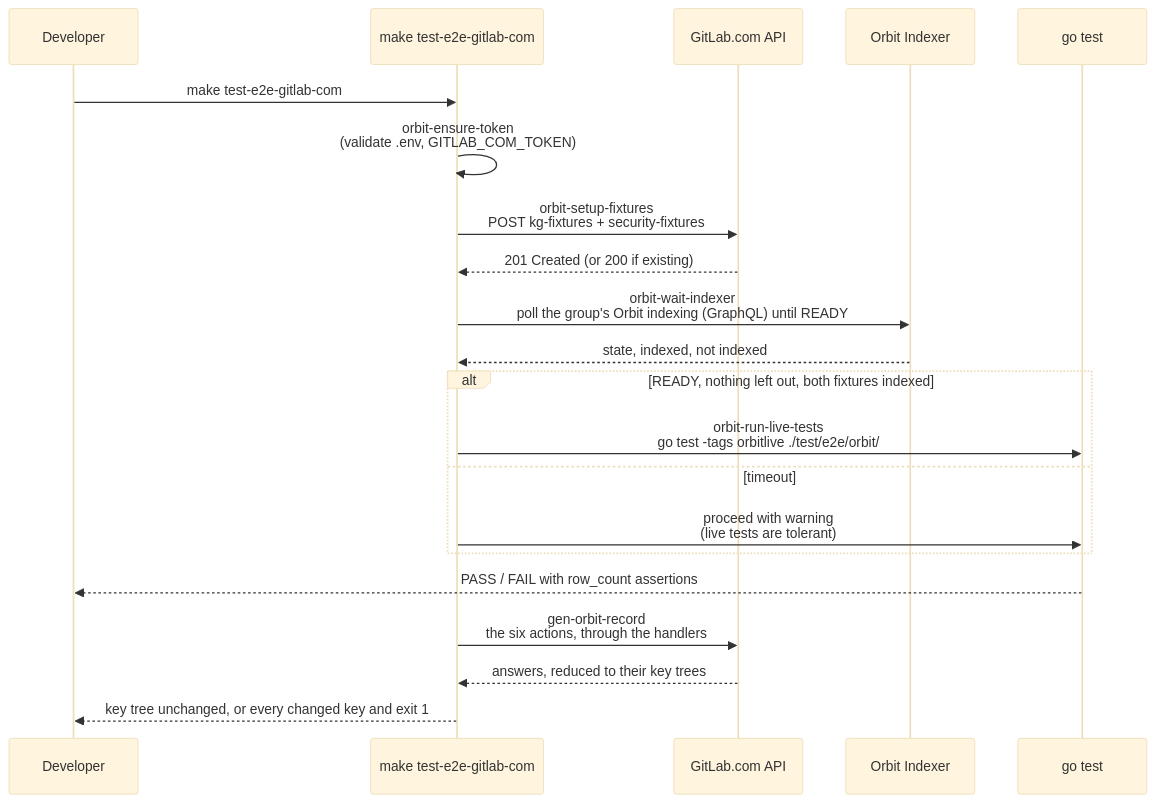
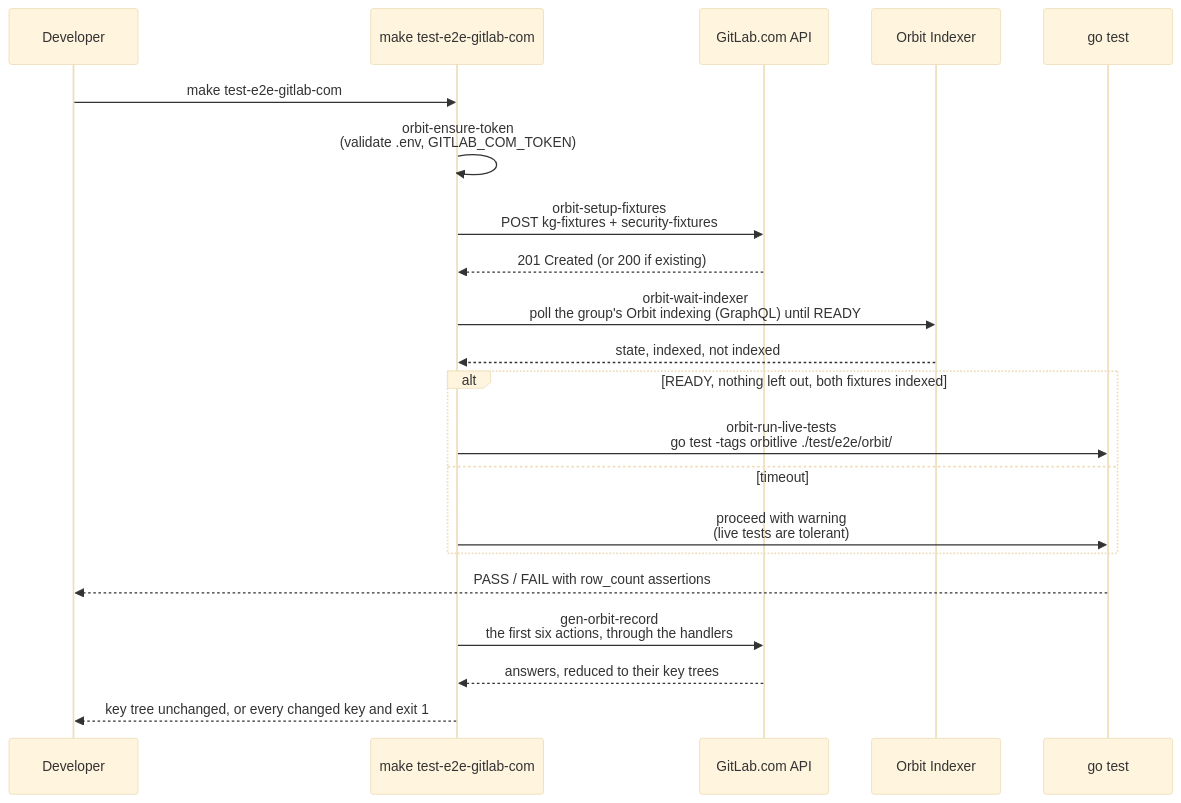
The second of 2 diagrams in docs/development/orbit-fixtures.md (jmrplens/gitlab-mcp-server), drawn with Mermaid (base theme) before and after one commit. The commit also changed other lines of this file and 52 other files, not shown here.

First line of the commit message:
docs: document the fifteen Orbit actions and regenerate what they move (#1930)

````diff
--- a/docs/development/orbit-fixtures.md
+++ b/docs/development/orbit-fixtures.md
@@ -416,24 +416,24 @@
 ```mermaid
 sequenceDiagram
     participant Dev as Developer
     participant Make as make test-e2e-gitlab-com
     participant GL as GitLab.com API
     participant IDX as Orbit Indexer
     participant Go as go test
 
     Dev->>Make: make test-e2e-gitlab-com
     Make->>Make: orbit-ensure-token<br/>(validate .env, GITLAB_COM_TOKEN)
     Make->>GL: orbit-setup-fixtures<br/>POST kg-fixtures + security-fixtures
     GL-->>Make: 201 Created (or 200 if existing)
     Make->>IDX: orbit-wait-indexer<br/>poll the group's Orbit indexing (GraphQL) until READY
     IDX-->>Make: state, indexed, not indexed
     alt READY, nothing left out, both fixtures indexed
         Make->>Go: orbit-run-live-tests<br/>go test -tags orbitlive ./test/e2e/orbit/
     else timeout
         Make->>Go: proceed with warning<br/>(live tests are tolerant)
     end
     Go-->>Dev: PASS / FAIL with row_count assertions
-    Make->>GL: gen-orbit-record<br/>the six actions, through the handlers
+    Make->>GL: gen-orbit-record<br/>the first six actions, through the handlers
     GL-->>Make: answers, reduced to their key trees
     Make-->>Dev: key tree unchanged, or every changed key and exit 1
 ```
````
